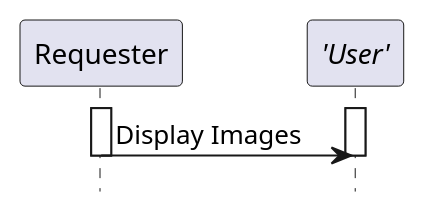
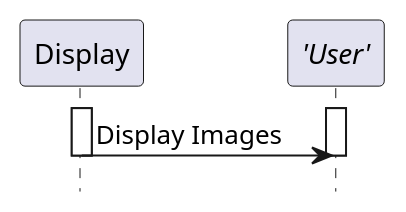
The diagram in input/images-source/RAD-Y5-seq.plantuml (IHE/RAD.IMR), drawn with PlantUML before and after one commit.

Commit message:
Corrected actor to Display instead of Requester.

```diff
--- a/input/images-source/RAD-Y5-seq.plantuml
+++ b/input/images-source/RAD-Y5-seq.plantuml
@@ -1,14 +1,14 @@
 @startuml
 
 hide footbox
 
-participant "Requester" as Reader
+participant "Display" as Reader
 participant "//'User'//" as User
 
 activate Reader
 activate User
 Reader->User: Display Images
 deactivate User
 deactivate Reader
 
 @enduml
```
